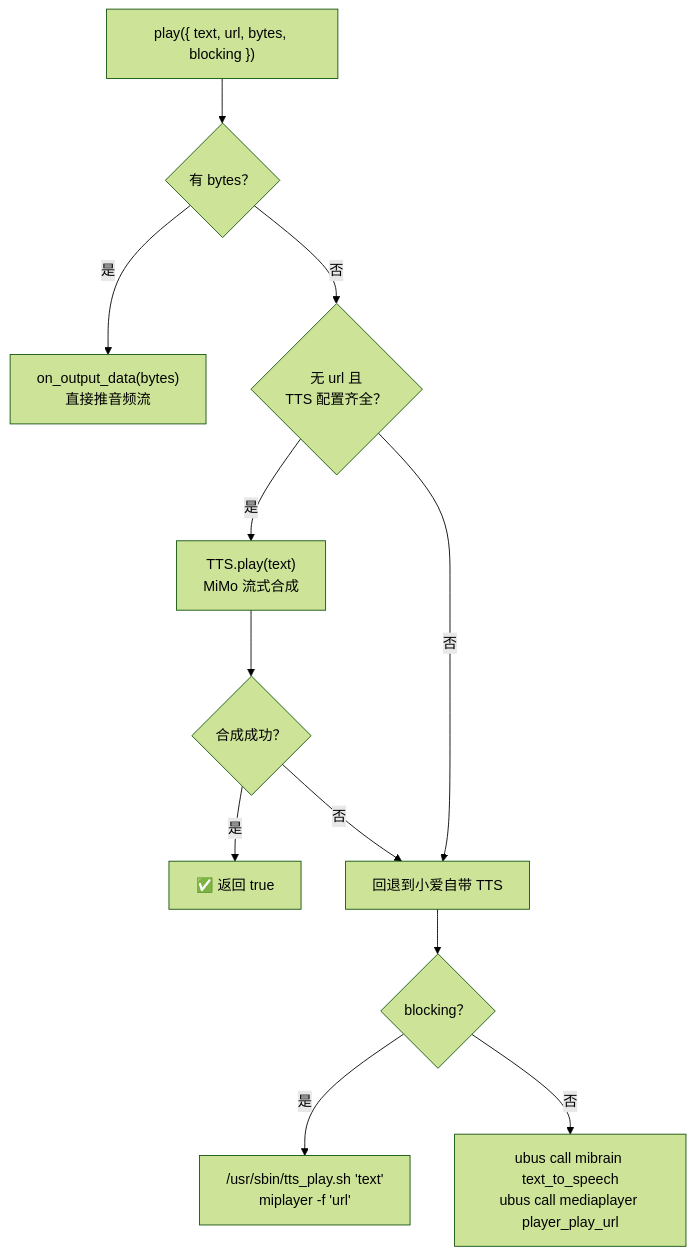
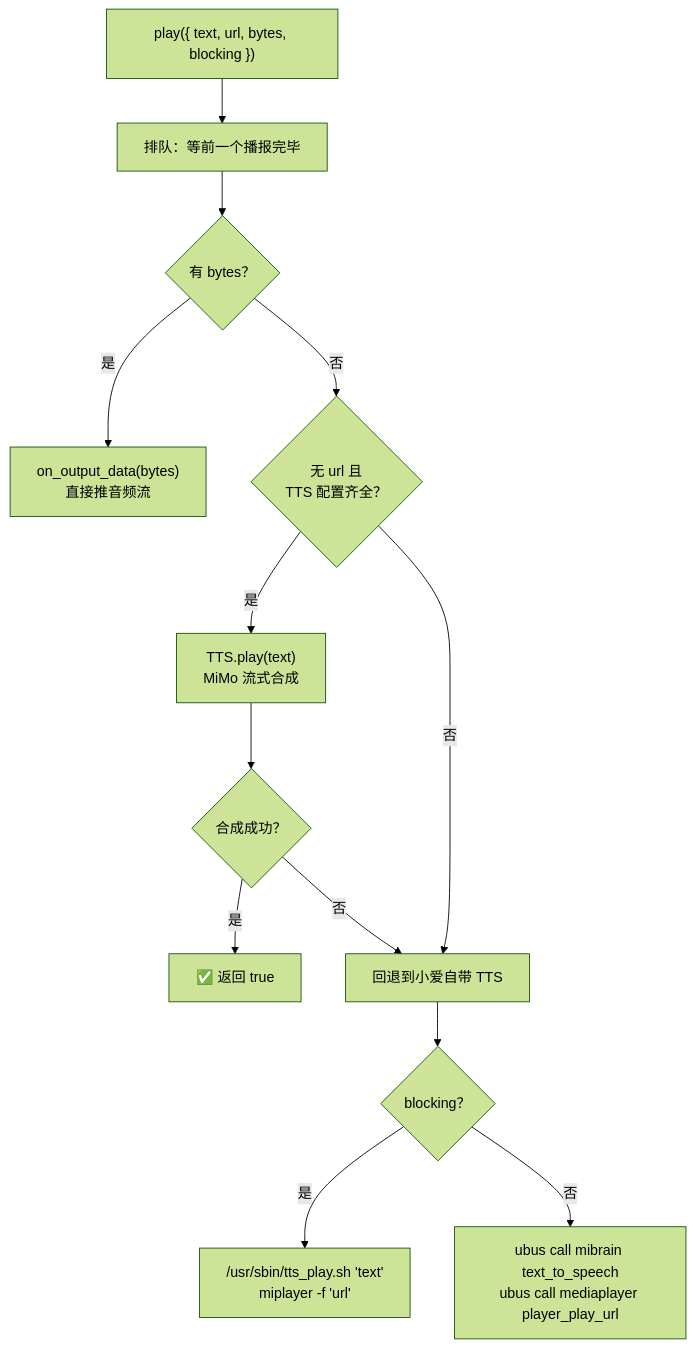
The third of 3 diagrams in examples/migpt/ARCHITECTURE.md (zhoutaoz99/open-xiaoai), drawn with Mermaid (forest theme) before and after one commit. The commit also changed other lines of this file and 21 other files, not shown here.

````diff
--- a/examples/migpt/ARCHITECTURE.md
+++ b/examples/migpt/ARCHITECTURE.md
@@ -284,14 +307,15 @@
 ```mermaid
 flowchart TD
-    P["play({ text, url, bytes, blocking })"] --> B{"有 bytes？"}
+    P["play({ text, url, bytes, blocking })"] --> Q["排队：等前一个播报完毕"]
+    Q --> B{"有 bytes？"}
     B -- 是 --> BY["on_output_data(bytes)<br/>直接推音频流"]
     B -- 否 --> T{"无 url 且<br/>TTS 配置齐全？"}
     T -- 是 --> TTS["TTS.play(text)<br/>MiMo 流式合成"]
     TTS --> OK{"合成成功？"}
     OK -- 是 --> DONE["✅ 返回 true"]
     OK -- 否 --> FB["回退到小爱自带 TTS"]
     T -- 否 --> FB
     FB --> BL{"blocking？"}
     BL -- 是 --> S1["/usr/sbin/tts_play.sh 'text'<br/>miplayer -f 'url'"]
     BL -- 否 --> S2["ubus call mibrain text_to_speech<br/>ubus call mediaplayer player_play_url"]
 ```
````
